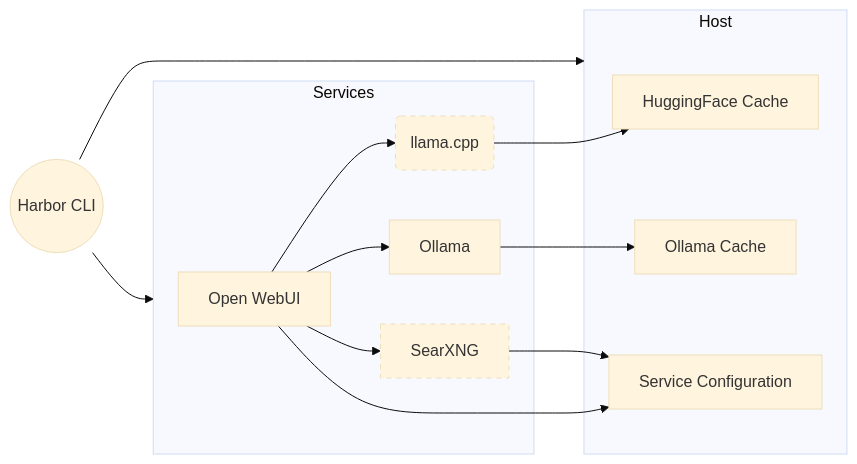
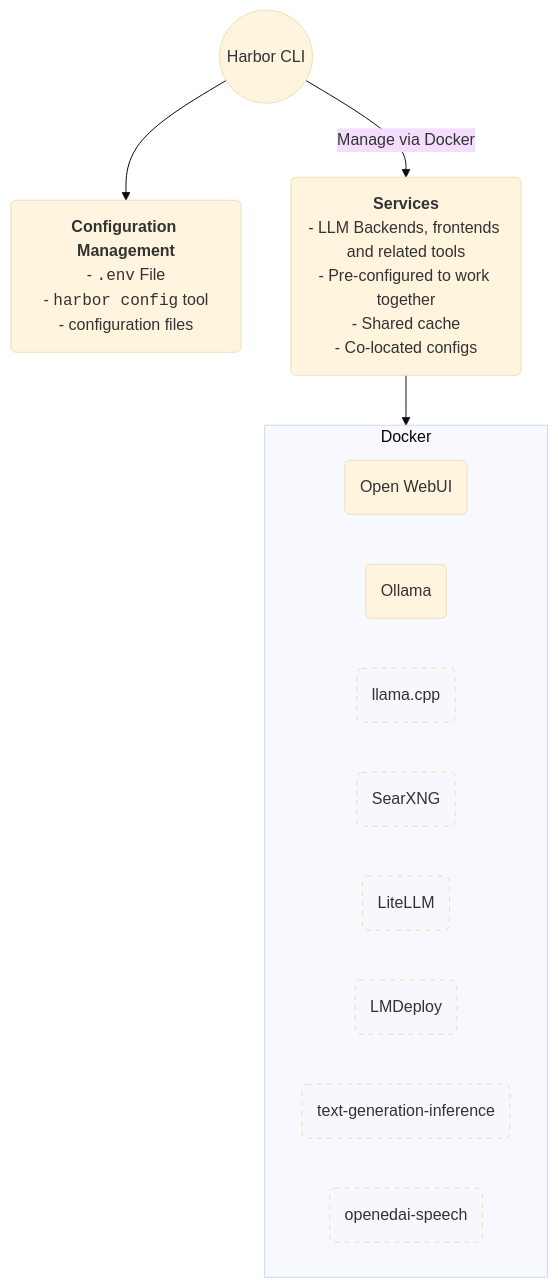
The diagram in README.md (SamuelDevdas/harbor), drawn with Mermaid (base theme) before and after one commit. The commit also changed other lines of this file, not shown here.

Commit message:
chore: readability for intro section of the readme, adjusting overview diagram

````diff
--- a/README.md
+++ b/README.md
@@ -74,43 +94,52 @@
 ```mermaid
-graph LR
-    HFCache[HuggingFace Cache]
-    OCache[Ollama Cache]
-    SConfig[Service Configuration]
-
+graph TD
     H((Harbor CLI))
 
-    Webui[Open WebUI]
-    Ollama[Ollama]
+    Webui(Open WebUI)
+    Ollama(Ollama)
     LlamaCPP(llama.cpp)
-    SearXNG[SearXNG]
+    SearXNG(SearXNG)
+    LiteLLM(LiteLLM)
+    LMDeploy(LMDeploy)
+    TGI(text-generation-inference)
+    TTS(openedai-speech)
 
-    subgraph "Host"
-        HFCache
-        OCache
-        SConfig
-    end
+    ConfMan("
+<b>Configuration Management</b>
+- <kbd>.env</kbd> File
+- <kbd>harbor config</kbd> tool
+- configuration files
+")
 
-    subgraph "Services"
+    Services("
+<b>Services</b>
+- LLM Backends, frontends and related tools
+- Pre-configured to work together
+- Shared cache
+- Co-located configs
+    ")
+
+    subgraph "Docker"
       Webui
       Ollama
       LlamaCPP
       SearXNG
+      LiteLLM
+      LMDeploy
+      TGI
+      TTS
     end
 
-    Webui --> SConfig
-    Webui --> Ollama
-    Ollama --> OCache
+    H --> ConfMan
+    H --Manage via Docker--> Services
+    Services --> Docker
 
-    Webui --> LlamaCPP
-    LlamaCPP --> HFCache
+    classDef optional fill: #f0f0f022, stroke-dasharray: 5, 5;
 
-    Webui --> SearXNG
-    SearXNG --> SConfig
-
-    H --> Services
-    H --> Host
-
-    classDef optional stroke-dasharray: 5, 5;
     class LlamaCPP optional
     class SearXNG optional
+    class LiteLLM optional
+    class LMDeploy optional
+    class TGI optional
+    class TTS optional
 ```
````
